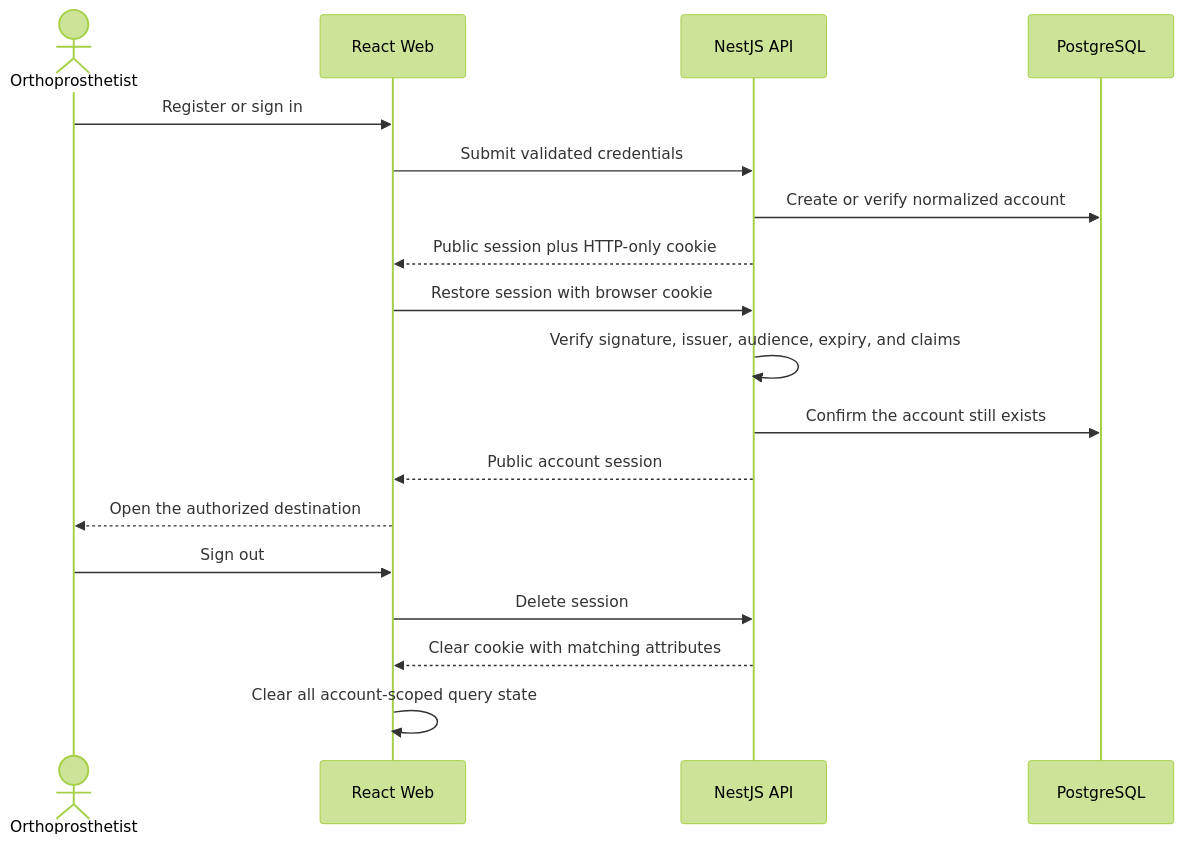
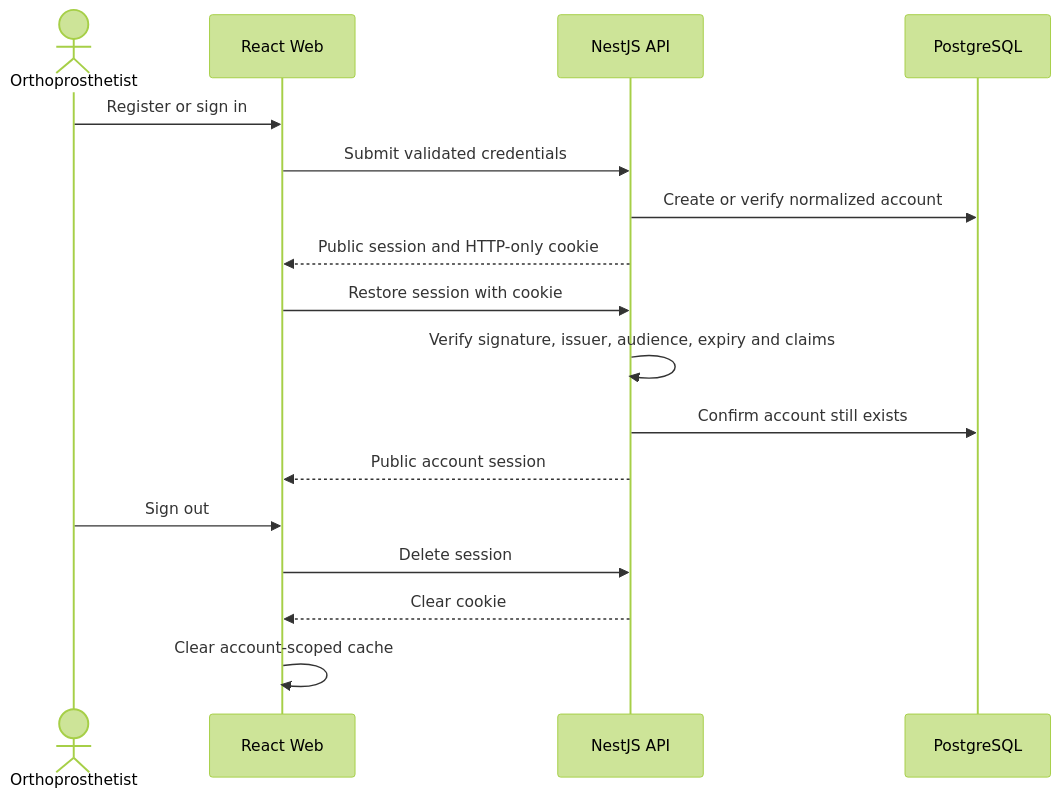
The first of 2 diagrams in docs/authentication-and-security.md (hugoecken/vytruve-tech-test-he), drawn with Mermaid (forest theme) before and after one commit. The commit also changed other lines of this file and 12 other files, not shown here.

````diff
--- a/docs/authentication-and-security.md
+++ b/docs/authentication-and-security.md
@@ -10,21 +10,20 @@
 ```mermaid
 sequenceDiagram
   actor User as Orthoprosthetist
   participant Web as React Web
   participant API as NestJS API
   participant DB as PostgreSQL
 
   User->>Web: Register or sign in
   Web->>API: Submit validated credentials
   API->>DB: Create or verify normalized account
-  API-->>Web: Public session plus HTTP-only cookie
-  Web->>API: Restore session with browser cookie
-  API->>API: Verify signature, issuer, audience, expiry, and claims
-  API->>DB: Confirm the account still exists
+  API-->>Web: Public session and HTTP-only cookie
+  Web->>API: Restore session with cookie
+  API->>API: Verify signature, issuer, audience, expiry and claims
+  API->>DB: Confirm account still exists
   API-->>Web: Public account session
-  Web-->>User: Open the authorized destination
   User->>Web: Sign out
   Web->>API: Delete session
-  API-->>Web: Clear cookie with matching attributes
-  Web->>Web: Clear all account-scoped query state
+  API-->>Web: Clear cookie
+  Web->>Web: Clear account-scoped cache
 ```
````
